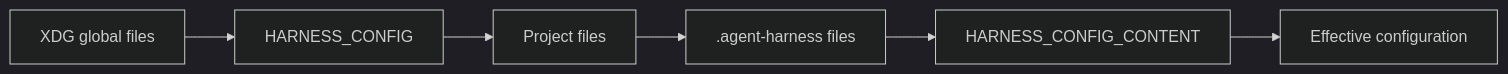
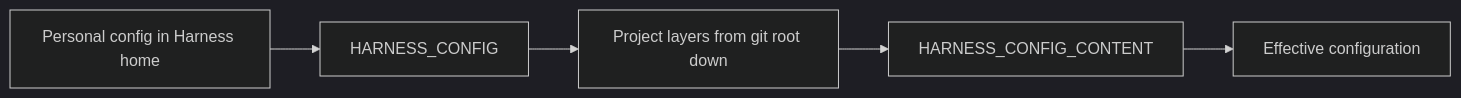
One commit to urbanbreach/agent-harness changed the diagram in docs/configuration/config.md. Above: the diagram before and after it, drawn with Mermaid (dark theme). The commit also changed other lines of this file and 19 other files, not shown here.

````diff
--- a/docs/configuration/config.md
+++ b/docs/configuration/config.md
@@ -626,8 +642,7 @@
 ```mermaid
 flowchart LR
-    Global[XDG global files] --> Env[HARNESS_CONFIG]
-    Env --> Project[Project files]
-    Project --> Agent[.agent-harness files]
-    Agent --> Inline[HARNESS_CONFIG_CONTENT]
+    Global[Personal config in Harness home] --> Env[HARNESS_CONFIG]
+    Env --> Project[Project layers from git root down]
+    Project --> Inline[HARNESS_CONFIG_CONTENT]
     Inline --> Result[Effective configuration]
 ```
````
